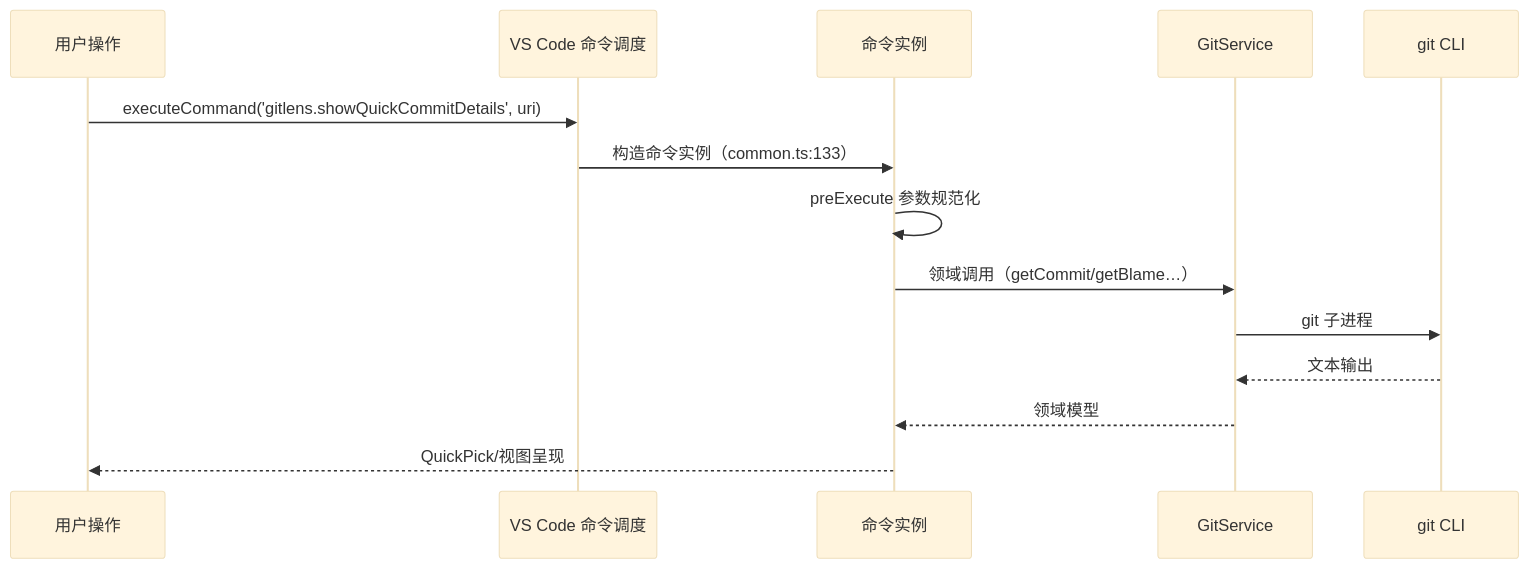
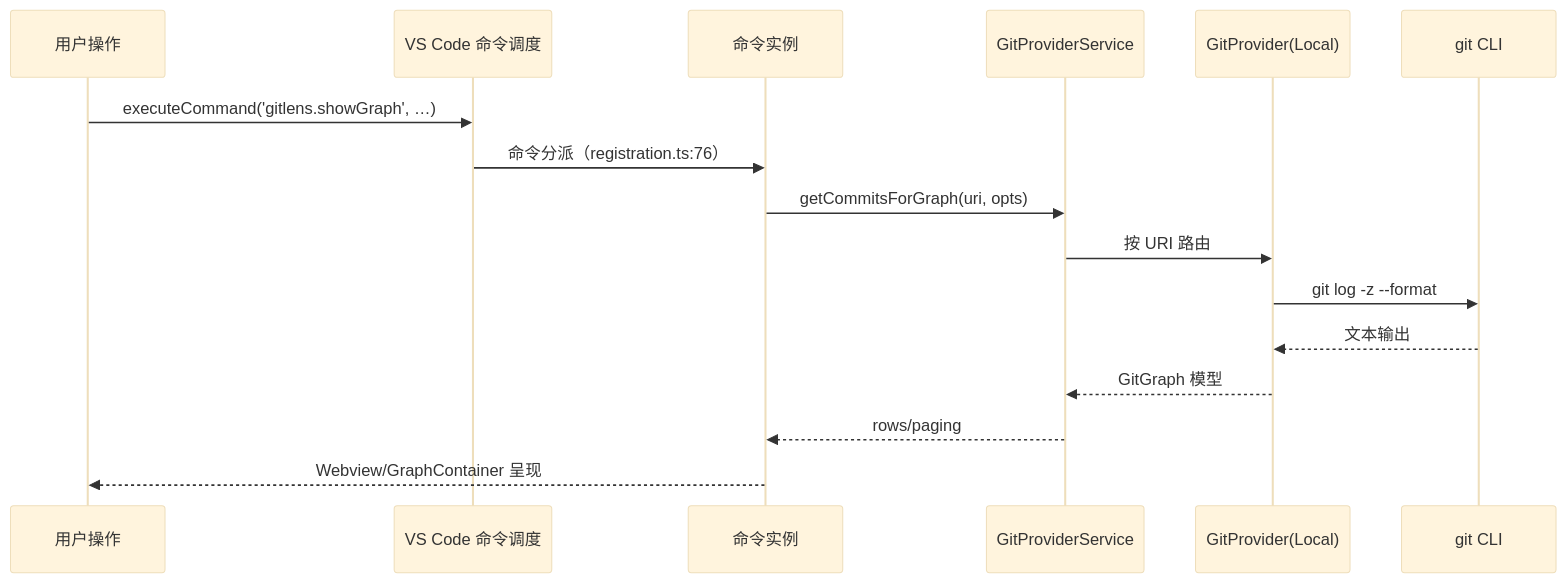
The tenth of 10 diagrams in domain/software_analysis/vscode_gitlens.analysis.md (PirsLee/documents), drawn with Mermaid (base theme) before and after one commit. The commit also changed other lines of this file, not shown here.

````diff
--- a/domain/software_analysis/vscode_gitlens.analysis.md
+++ b/domain/software_analysis/vscode_gitlens.analysis.md
@@ -465,16 +551,18 @@
 ```mermaid
 sequenceDiagram
     participant UI as 用户操作
     participant DISP as VS Code 命令调度
     participant CMD as 命令实例
-    participant SVC as GitService
+    participant SVC as GitProviderService
+    participant P as GitProvider(Local)
     participant GIT as git CLI
-    UI->>DISP: executeCommand('gitlens.showQuickCommitDetails', uri)
-    DISP->>CMD: 构造命令实例（common.ts:133）
-    CMD->>CMD: preExecute 参数规范化
-    CMD->>SVC: 领域调用（getCommit/getBlame…）
-    SVC->>GIT: git 子进程
-    GIT-->>SVC: 文本输出
-    SVC-->>CMD: 领域模型
-    CMD-->>UI: QuickPick/视图呈现
+    UI->>DISP: executeCommand('gitlens.showGraph', …)
+    DISP->>CMD: 命令分派（registration.ts:76）
+    CMD->>SVC: getCommitsForGraph(uri, opts)
+    SVC->>P: 按 URI 路由
+    P->>GIT: git log -z --format
+    GIT-->>P: 文本输出
+    P-->>SVC: GitGraph 模型
+    SVC-->>CMD: rows/paging
+    CMD-->>UI: Webview/GraphContainer 呈现
 ```
````
